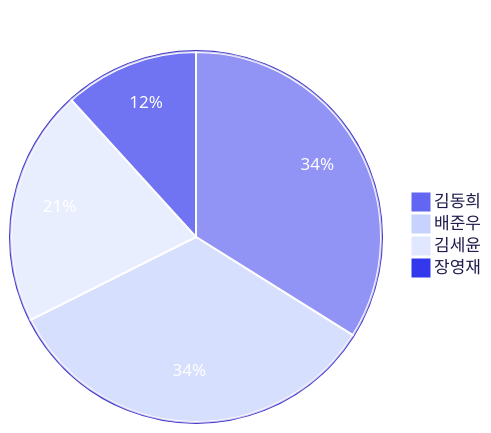
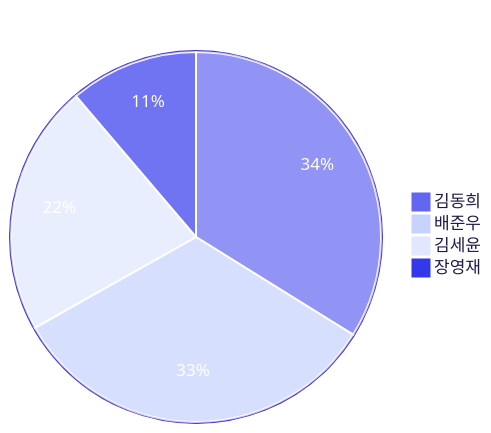
Before and after one commit to 3rd-project-team-1/ALYAC-market-team1: the third of 4 diagrams in README.md, drawn with Mermaid. The commit also changed other lines of this file, not shown here.

Commit message:
docs: 커밋 활동 차트 자동 업데이트 [skip ci]

````diff
--- a/README.md
+++ b/README.md
@@ -430,17 +430,17 @@
 ```mermaid
 %%{init: { 'theme': 'base', 'themeVariables': {
   'primaryColor': '#6366f1',
   'primaryTextColor': '#ffffff',
   'primaryBorderColor': '#4338ca',
   'secondaryColor': '#c7d2fe',
   'tertiaryColor': '#e0e7ff',
   'pieLegendTextColor': '#1e1b4b',
   'pieStrokeColor': '#ffffff',
   'pieOuterStrokeColor': '#4338ca'
 } } }%%
 pie title 기여자별 커밋 수
-  "김동희" : 179
-  "배준우" : 178
-  "김세윤" : 109
-  "장영재" : 62
+  "김동희" : 199
+  "배준우" : 194
+  "김세윤" : 129
+  "장영재" : 66
 ```
````
